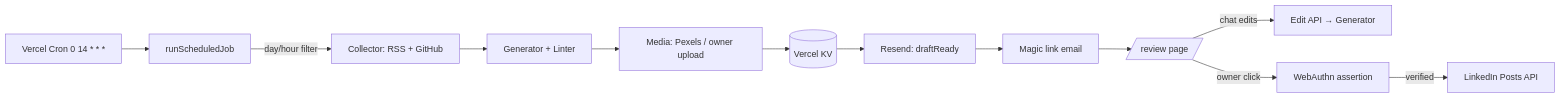
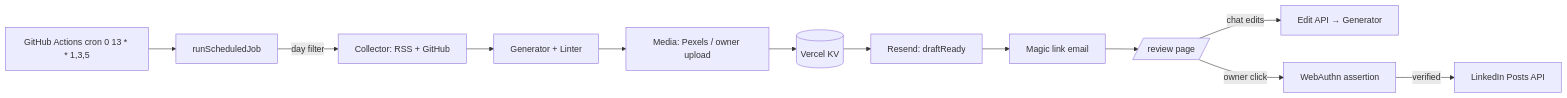
Before and after one commit to feRpicoral/indraft: the diagram in README.md, drawn with Mermaid. The commit also changed other lines of this file and 2 other files, not shown here.

Commit message:
fix(scheduler): drop local-hour gate so delayed cron runs are not skipped

````diff
--- a/README.md
+++ b/README.md
@@ -16,14 +16,14 @@
 ```mermaid
 flowchart LR
-  CRON[Vercel Cron 0 14 * * *] --> SCHED[runScheduledJob]
-  SCHED -->|day/hour filter| COL[Collector: RSS + GitHub]
+  CRON[GitHub Actions cron 0 13 * * 1,3,5] --> SCHED[runScheduledJob]
+  SCHED -->|day filter| COL[Collector: RSS + GitHub]
   COL --> GEN[Generator + Linter]
   GEN --> MEDIA[Media: Pexels / owner upload]
   MEDIA --> KV[(Vercel KV)]
   KV --> NOTIFY[Resend: draftReady]
   NOTIFY --> EMAIL[Magic link email]
   EMAIL --> UI[/review page/]
   UI -->|chat edits| EDIT[Edit API → Generator]
   UI -->|owner click| PASSKEY[WebAuthn assertion]
   PASSKEY -->|verified| PUB[LinkedIn Posts API]
 ```
````
